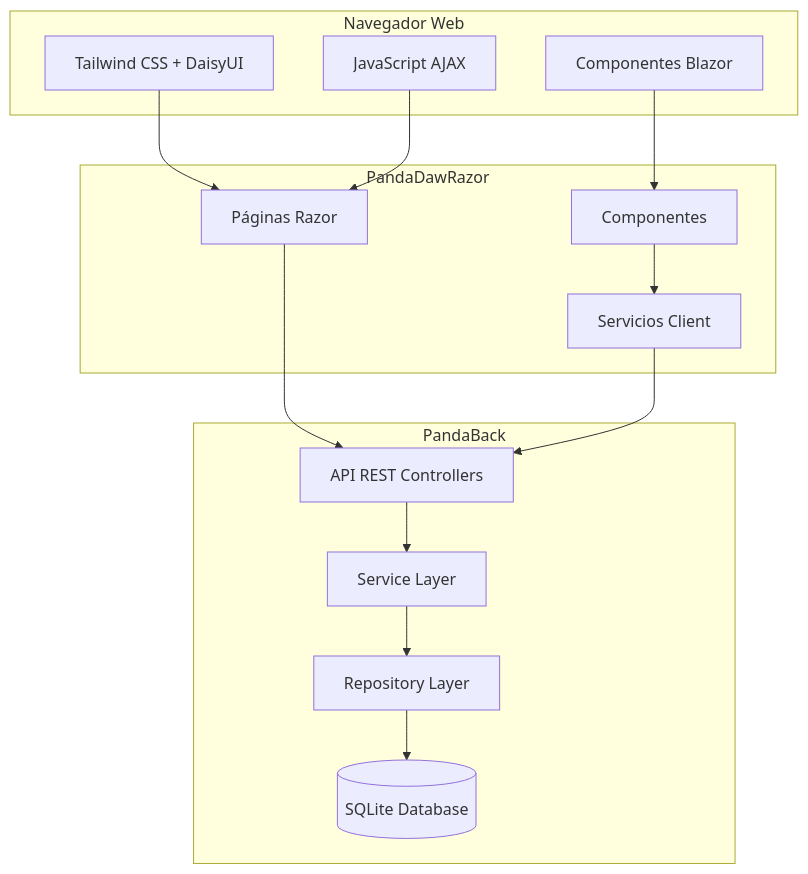
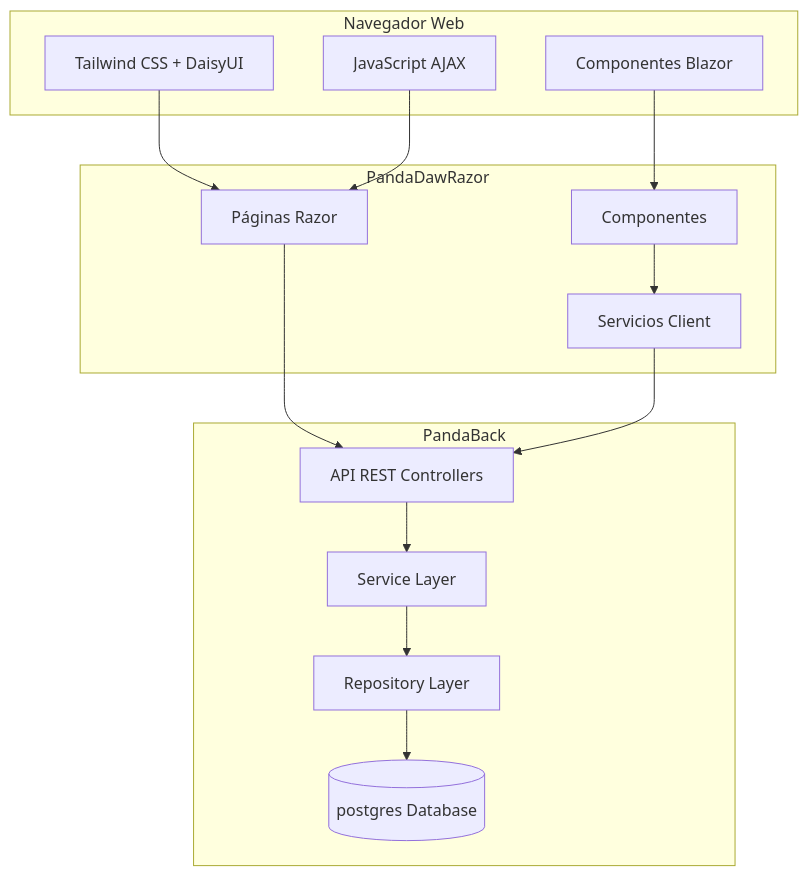
The first of 13 diagrams in Documentacion.md (Cristianortegaa/PandaDaw), drawn with Mermaid before and after one commit. The commit also changed other lines of this file, not shown here.

````diff
--- a/Documentacion.md
+++ b/Documentacion.md
@@ -39,33 +39,33 @@
 ```mermaid
 flowchart TB
     subgraph Client["Navegador Web"]
         UI[Tailwind CSS + DaisyUI]
         Blazor[Componentes Blazor]
         JS[JavaScript AJAX]
     end
 
     subgraph Frontend["PandaDawRazor"]
         Pages[Páginas Razor]
         Components[Componentes]
         Services[Servicios Client]
     end
 
     subgraph Backend["PandaBack"]
         API[API REST Controllers]
         ServicesC[Service Layer]
         Repositories[Repository Layer]
-        DB[(SQLite Database)]
+        DB[(postgres Database)]
     end
 
     UI --> Pages
     Blazor --> Components
     JS --> Pages
 
     Pages --> API
     Components --> Services
     Services --> API
 
     API --> ServicesC
     ServicesC --> Repositories
     Repositories --> DB
 ```
````
